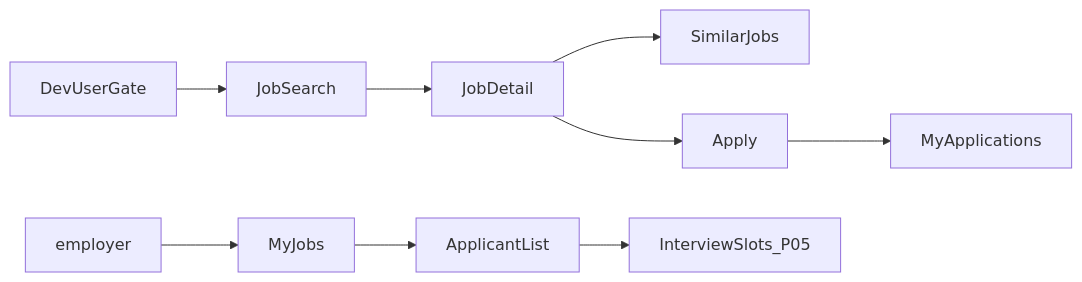
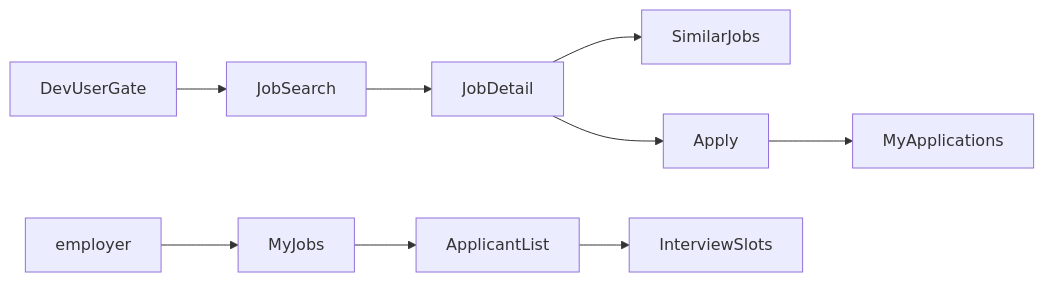
The first of 4 diagrams in portfolio-plan/talent-platform/docs/06-diagrams.md (maeplego/portfolio-plan), drawn with Mermaid before and after one commit. The commit also changed other lines of this file and 111 other files, not shown here.

````diff
--- a/portfolio-plan/talent-platform/docs/06-diagrams.md
+++ b/portfolio-plan/talent-platform/docs/06-diagrams.md
@@ -12,11 +12,11 @@
 ```mermaid
 flowchart LR
   login[DevUserGate] --> search[JobSearch]
   search --> detail[JobDetail]
   detail --> similar[SimilarJobs]
   detail --> apply[Apply]
   apply --> myApps[MyApplications]
   emp[employer] --> jobs[MyJobs]
   jobs --> apps[ApplicantList]
-  apps --> slots[InterviewSlots_P05]
+  apps --> slots[InterviewSlots]
 ```
````
